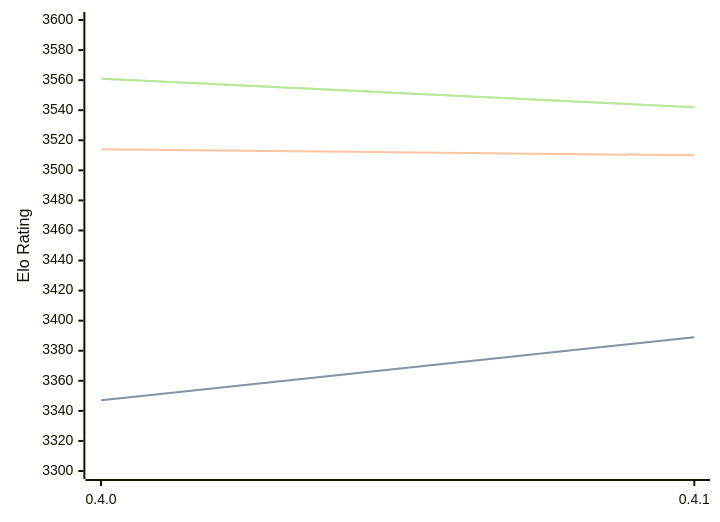
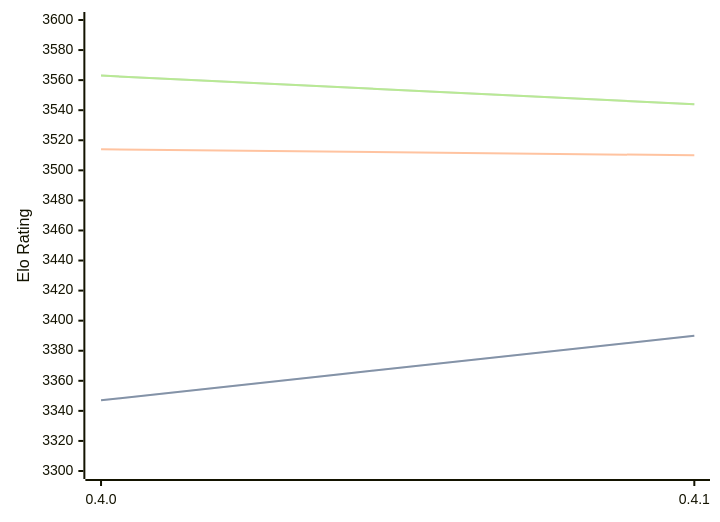
Before and after one commit to computer-chess-index/cci: the diagram in engines/Cinder.md, drawn with Mermaid. The commit also changed other lines of this file, not shown here.

Commit message:
Update CCI Ratings (ELO VLTC) - 2026-04-25

````diff
--- a/engines/Cinder.md
+++ b/engines/Cinder.md
@@ -40,11 +40,11 @@
 ```mermaid
 %%{init: {"theme":"base","themeVariables":{"seriesColors:['#a3a3a3','#222221','#faa371']}}}%%
 xychart-beta
   x-axis ["0.4.0", "0.4.1"]
   y-axis "Elo Rating" 3300 --> 3600
-  line "STC (8.0+0.08s)" [3347, 3389]
-  line "STC (8.0+0.08s)" [3347, 3389]
+  line "STC (8.0+0.08s)" [3347, 3390]
+  line "STC (8.0+0.08s)" [3347, 3390]
   line "LTC (60.0+0.60s)" [3514, 3510]
-  line "VLTC (2m24s+1.12s)" [3561, 3542]
-  line "VLTC (2m24s+1.12s)" [3561, 3542]
+  line "VLTC (2m24s+1.12s)" [3563, 3544]
+  line "VLTC (2m24s+1.12s)" [3563, 3544]
 ```
````
